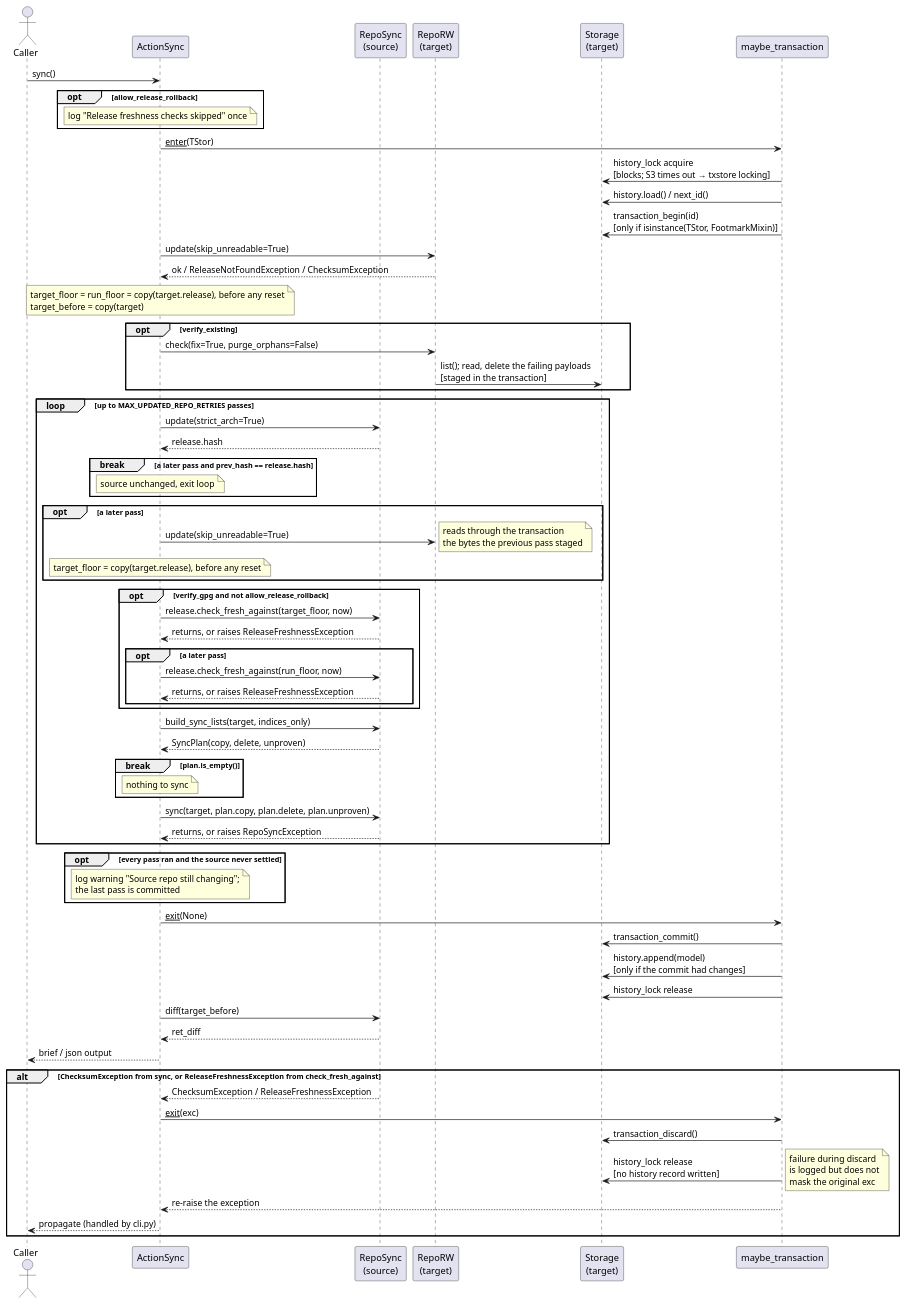
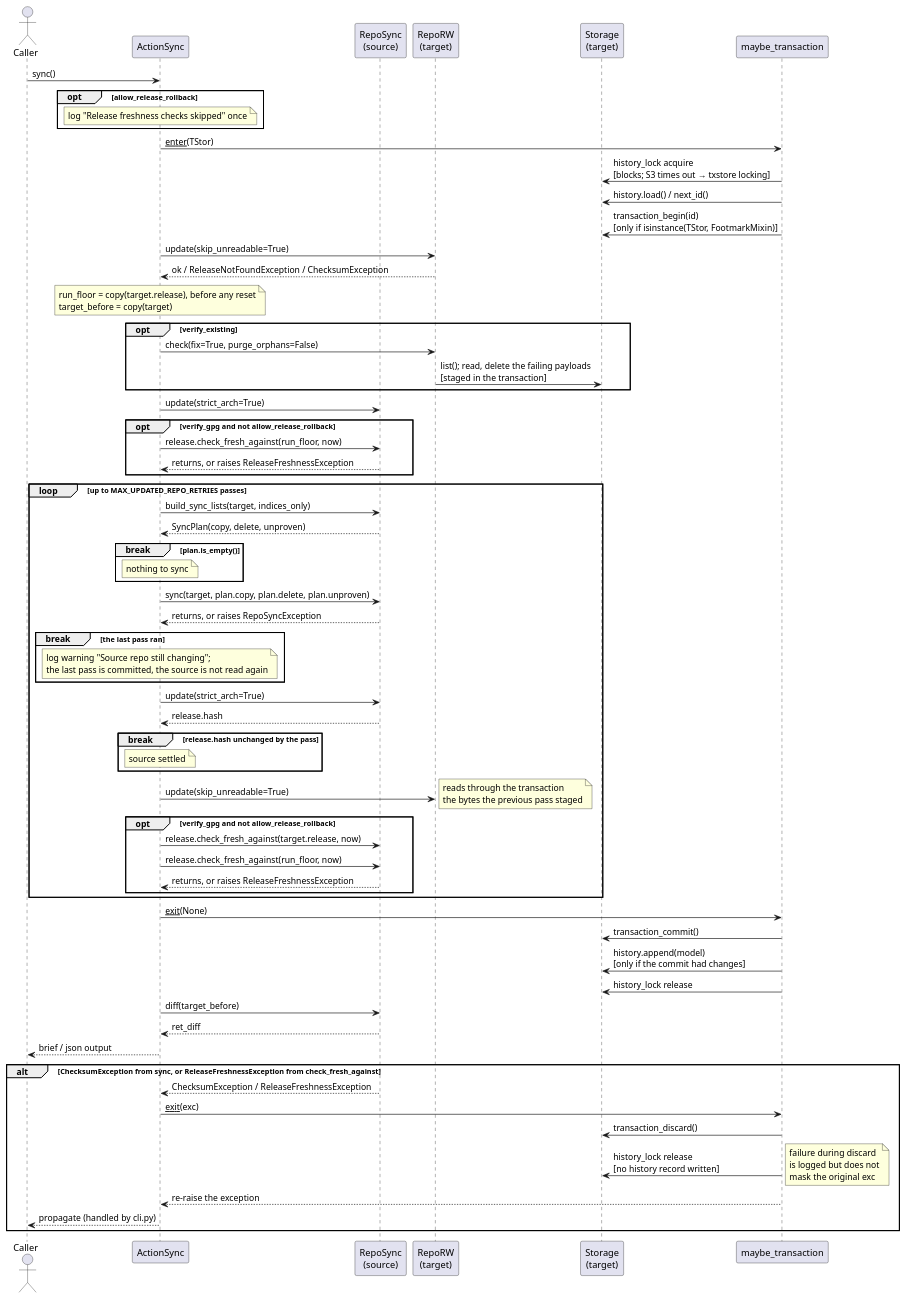
The diagram in docs/development/diagrams/action-sync-sequence.puml (vinklat/debkit), drawn with PlantUML before and after one commit. The commit also changed 37 other files, not shown here.

```diff
--- a/docs/development/diagrams/action-sync-sequence.puml
+++ b/docs/development/diagrams/action-sync-sequence.puml
@@ -1,83 +1,81 @@
 @startuml
 actor Caller
 participant ActionSync
 participant "RepoSync\n(source)" as Src
 participant "RepoRW\n(target)" as Tgt
 participant "Storage\n(target)" as TStor
 participant "maybe_transaction" as CM
 
 Caller -> ActionSync: sync()
 
 opt allow_release_rollback
   note over ActionSync: log "Release freshness checks skipped" once
 end
 
 ActionSync -> CM: __enter__(TStor)
 CM -> TStor: history_lock acquire\n[blocks; S3 times out → txstore locking]
 CM -> TStor: history.load() / next_id()
 CM -> TStor: transaction_begin(id)\n[only if isinstance(TStor, FootmarkMixin)]
 
 ActionSync -> Tgt: update(skip_unreadable=True)
 Tgt --> ActionSync: ok / ReleaseNotFoundException / ChecksumException
-note over ActionSync: target_floor = run_floor = copy(target.release), before any reset\ntarget_before = copy(target)
+note over ActionSync: run_floor = copy(target.release), before any reset\ntarget_before = copy(target)
 
 opt verify_existing
   ActionSync -> Tgt: check(fix=True, purge_orphans=False)
   Tgt -> TStor: list(); read, delete the failing payloads\n[staged in the transaction]
 end
 
+ActionSync -> Src: update(strict_arch=True)
+opt verify_gpg and not allow_release_rollback
+  ActionSync -> Src: release.check_fresh_against(run_floor, now)
+  Src --> ActionSync: returns, or raises ReleaseFreshnessException
+end
+
 loop up to MAX_UPDATED_REPO_RETRIES passes
-  ActionSync -> Src: update(strict_arch=True)
-  Src --> ActionSync: release.hash
-  break a later pass and prev_hash == release.hash
-    note over ActionSync: source unchanged, exit loop
-  end
-
-  opt a later pass
-    ActionSync -> Tgt: update(skip_unreadable=True)
-    note right: reads through the transaction\nthe bytes the previous pass staged
-    note over ActionSync: target_floor = copy(target.release), before any reset
-  end
-
-  opt verify_gpg and not allow_release_rollback
-    ActionSync -> Src: release.check_fresh_against(target_floor, now)
-    Src --> ActionSync: returns, or raises ReleaseFreshnessException
-    opt a later pass
-      ActionSync -> Src: release.check_fresh_against(run_floor, now)
-      Src --> ActionSync: returns, or raises ReleaseFreshnessException
-    end
-  end
-
   ActionSync -> Src: build_sync_lists(target, indices_only)
   Src --> ActionSync: SyncPlan(copy, delete, unproven)
   break plan.is_empty()
     note over ActionSync: nothing to sync
   end
 
   ActionSync -> Src: sync(target, plan.copy, plan.delete, plan.unproven)
   Src --> ActionSync: returns, or raises RepoSyncException
-end
+  break the last pass ran
+    note over ActionSync: log warning "Source repo still changing";\nthe last pass is committed, the source is not read again
+  end
 
-opt every pass ran and the source never settled
-  note over ActionSync: log warning "Source repo still changing";\nthe last pass is committed
+  ActionSync -> Src: update(strict_arch=True)
+  Src --> ActionSync: release.hash
+  break release.hash unchanged by the pass
+    note over ActionSync: source settled
+  end
+
+  ActionSync -> Tgt: update(skip_unreadable=True)
+  note right: reads through the transaction\nthe bytes the previous pass staged
+  opt verify_gpg and not allow_release_rollback
+    ActionSync -> Src: release.check_fresh_against(target.release, now)
+    ActionSync -> Src: release.check_fresh_against(run_floor, now)
+    Src --> ActionSync: returns, or raises ReleaseFreshnessException
+  end
 end
 
 ActionSync -> CM: __exit__(None)
 CM -> TStor: transaction_commit()
 CM -> TStor: history.append(model)\n[only if the commit had changes]
 CM -> TStor: history_lock release
 
 ActionSync -> Src: diff(target_before)
 Src --> ActionSync: ret_diff
 ActionSync --> Caller: brief / json output
 
 alt ChecksumException from sync, or ReleaseFreshnessException from check_fresh_against
   Src --> ActionSync: ChecksumException / ReleaseFreshnessException
   ActionSync -> CM: __exit__(exc)
   CM -> TStor: transaction_discard()
   CM -> TStor: history_lock release\n[no history record written]
   note right: failure during discard\nis logged but does not\nmask the original exc
   CM --> ActionSync: re-raise the exception
   ActionSync --> Caller: propagate (handled by cli.py)
 end
 @enduml
```
